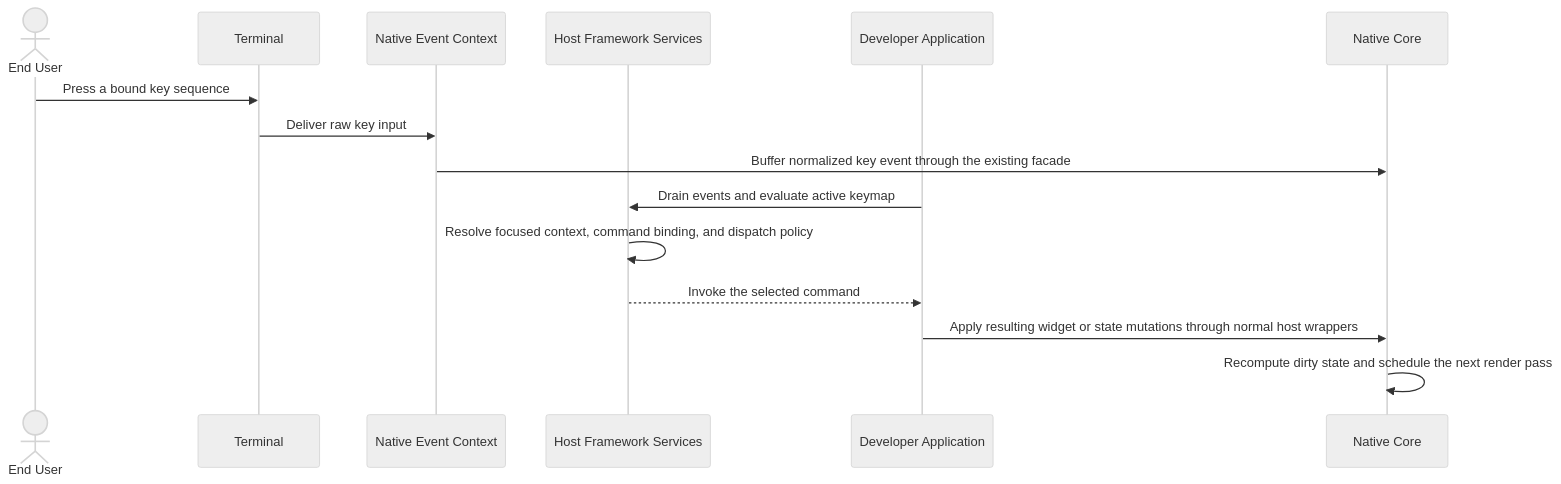
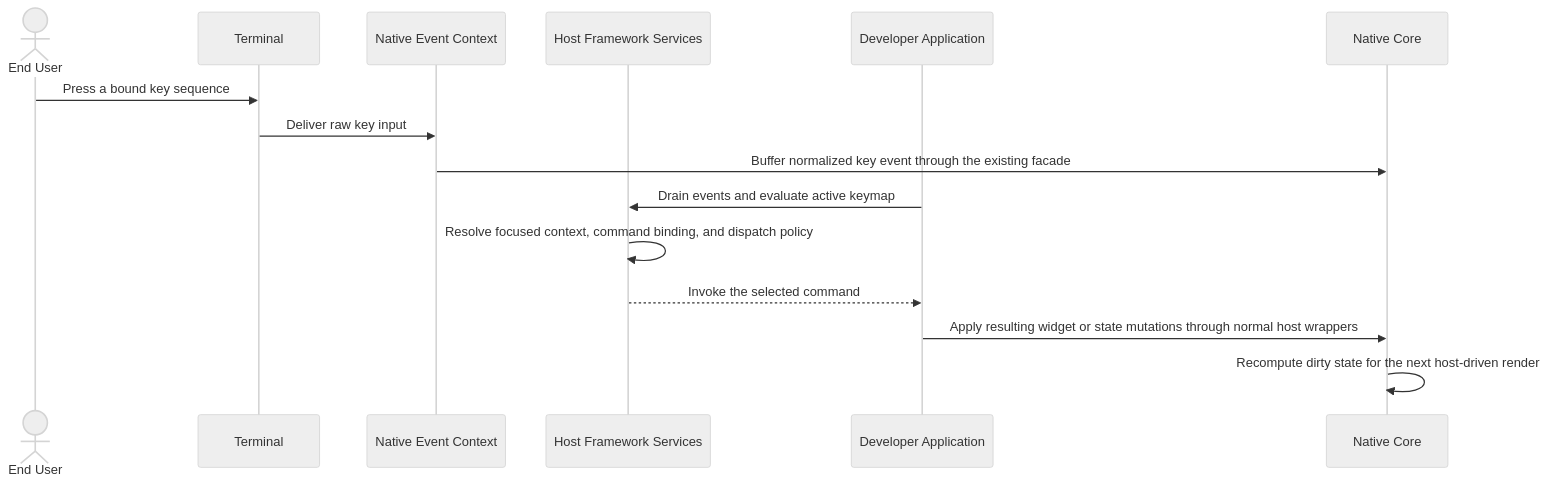
The sixth of 6 diagrams in docs/Architecture.md (Tuvren/tuvren-tui), drawn with Mermaid (neutral theme) before and after one commit. The commit also changed 3 other files, not shown here.

````diff
--- a/docs/Architecture.md
+++ b/docs/Architecture.md
@@ -212,18 +212,18 @@
 ```mermaid
 sequenceDiagram
     actor EU as End User
     participant Term as Terminal
     participant Event as Native Event Context
     participant Host as Host Framework Services
     participant App as Developer Application
     participant Core as Native Core
 
     EU->>Term: Press a bound key sequence
     Term->>Event: Deliver raw key input
     Event->>Core: Buffer normalized key event through the existing facade
     App->>Host: Drain events and evaluate active keymap
     Host->>Host: Resolve focused context, command binding, and dispatch policy
     Host-->>App: Invoke the selected command
     App->>Core: Apply resulting widget or state mutations through normal host wrappers
-    Core->>Core: Recompute dirty state and schedule the next render pass
+    Core->>Core: Recompute dirty state for the next host-driven render
 ```
````
